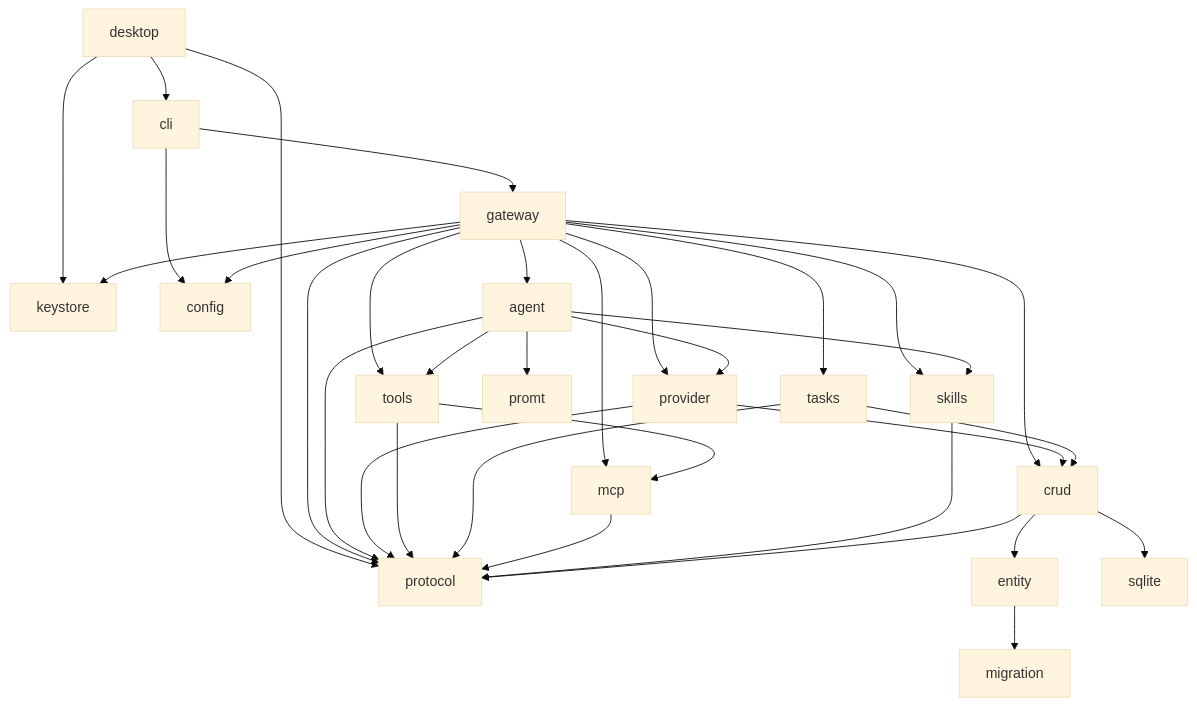
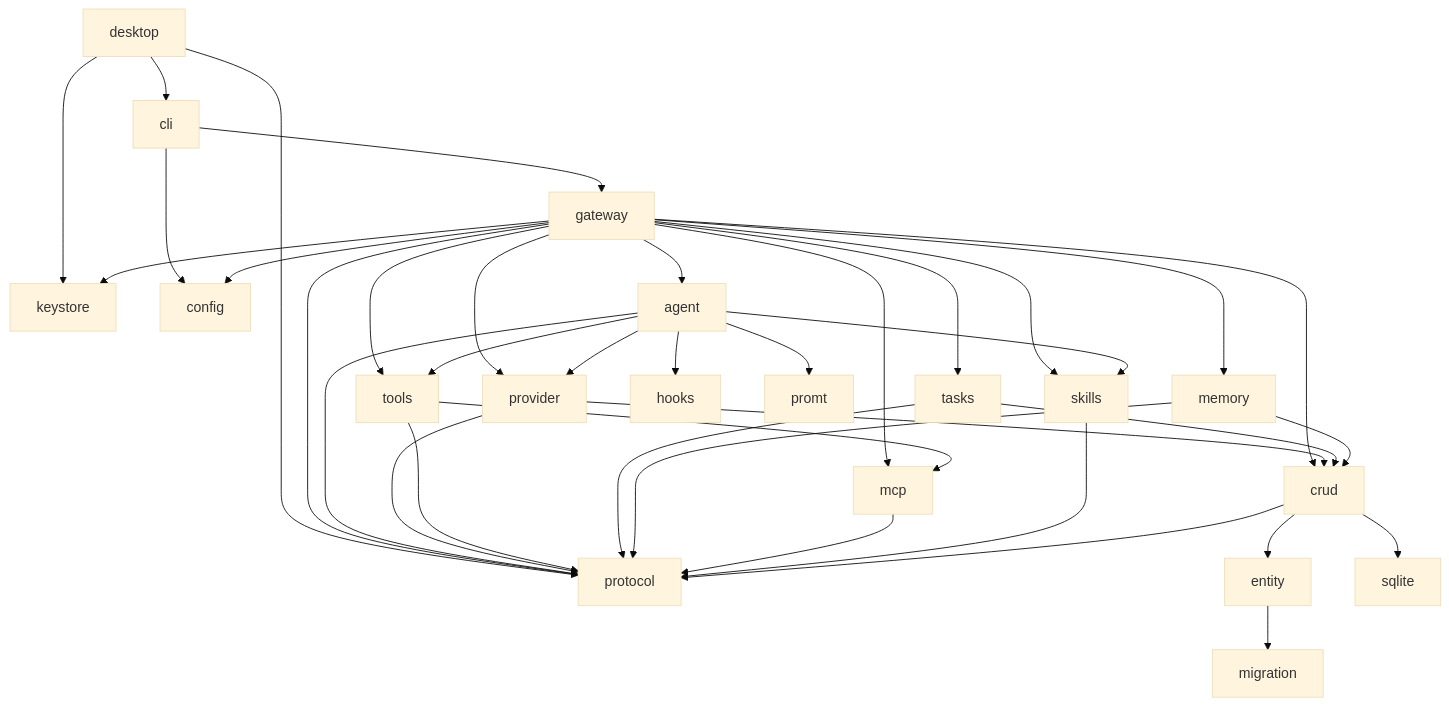
Before and after one commit to pioneerdotai/docs: the diagram in architecture/crates.mdx, drawn with Mermaid (base theme). The commit also changed other lines of this file and 16 other files, not shown here.

````diff
--- a/architecture/crates.mdx
+++ b/architecture/crates.mdx
@@ -40,39 +42,43 @@
 ```mermaid
 flowchart TB
   Desktop["desktop"] --> Protocol["protocol"]
   Desktop --> CLI["cli"]
   Desktop --> Keystore["keystore"]
   CLI --> Config["config"]
   CLI --> Gateway
 
   Gateway["gateway"] --> Protocol
   Gateway --> Agent["agent"]
+  Gateway --> Memory["memory"]
   Gateway --> Provider["provider"]
   Gateway --> Tools["tools"]
   Gateway --> Tasks["tasks"]
   Gateway --> MCP["mcp"]
   Gateway --> Skills["skills"]
   Gateway --> CRUD["crud"]
   Gateway --> Config
   Gateway --> Keystore
 
+  Agent --> Hooks["hooks"]
   Agent --> Protocol
   Agent --> Provider
   Agent --> Tools
   Agent --> Prompt["promt"]
   Agent --> Skills
 
   Provider --> Protocol
   Provider --> CRUD
   Tools --> Protocol
   Tools --> MCP
   Tasks --> Protocol
   Tasks --> CRUD
+  Memory --> Protocol
+  Memory --> CRUD
   MCP --> Protocol
   Skills --> Protocol
 
   CRUD --> Protocol
   CRUD --> Entity["entity"]
   CRUD --> SQLite["sqlite"]
   Entity --> Migration["migration"]
 ```
````
